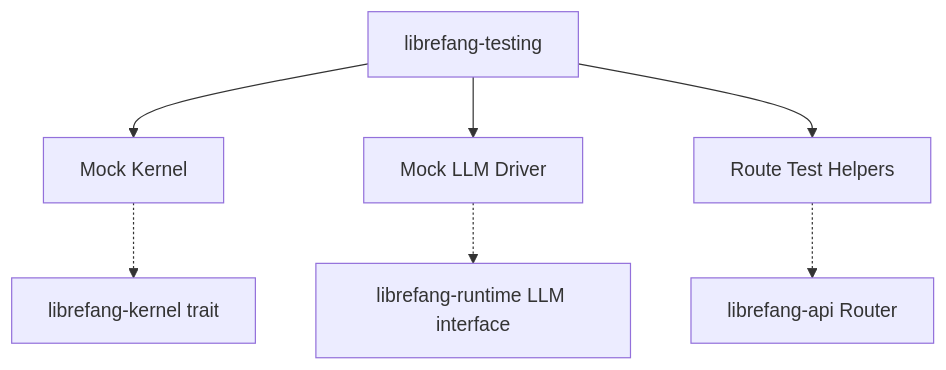
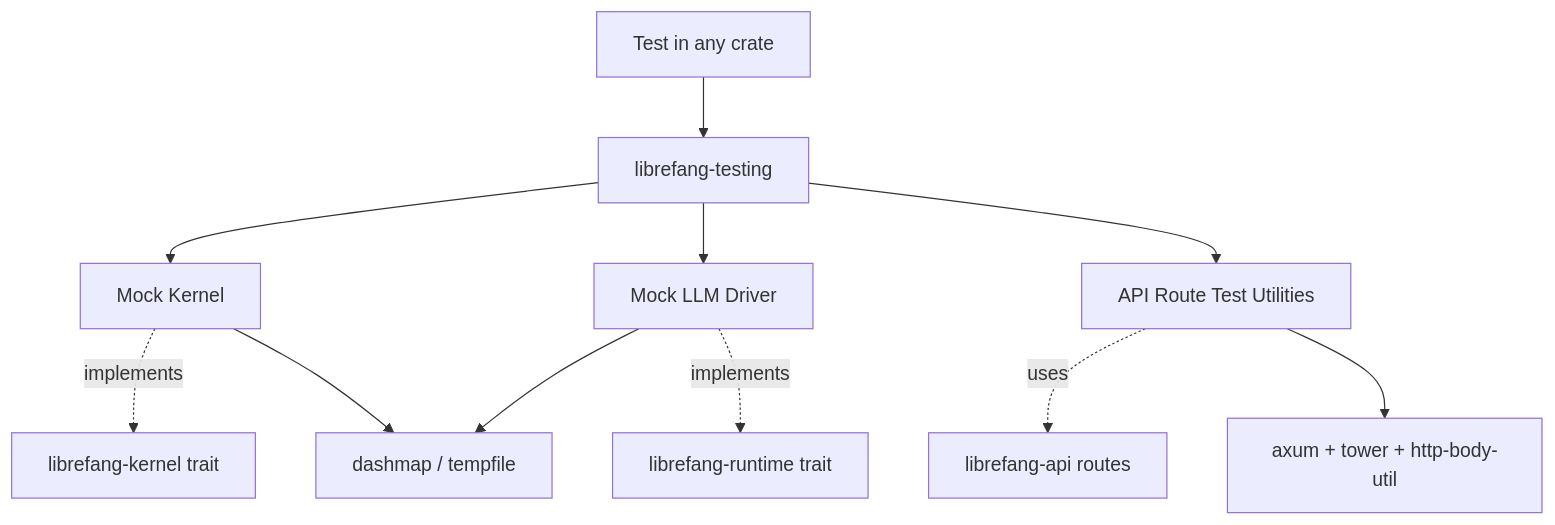
Before and after one commit to leszek3737/librefang-WIki: the diagram in other-librefang-testing.md, drawn with Mermaid. The commit also changed other lines of this file and 99 other files, not shown here.

````diff
--- a/other-librefang-testing.md
+++ b/other-librefang-testing.md
@@ -33,9 +33,13 @@
 ```mermaid
 graph TD
-    T[librefang-testing] --> MK[Mock Kernel]
-    T --> ML[Mock LLM Driver]
-    T --> RT[Route Test Helpers]
-    MK -.-> K[librefang-kernel trait]
-    ML -.-> LR[librefang-runtime LLM interface]
-    RT -.-> A[librefang-api Router]
+    A[Test in any crate] --> B[librefang-testing]
+    B --> C[Mock Kernel]
+    B --> D[Mock LLM Driver]
+    B --> E[API Route Test Utilities]
+    C -.implements.-> F[librefang-kernel trait]
+    D -.implements.-> G[librefang-runtime trait]
+    E -.uses.-> H[librefang-api routes]
+    C --> I[dashmap / tempfile]
+    D --> I
+    E --> J[axum + tower + http-body-util]
 ```
````
